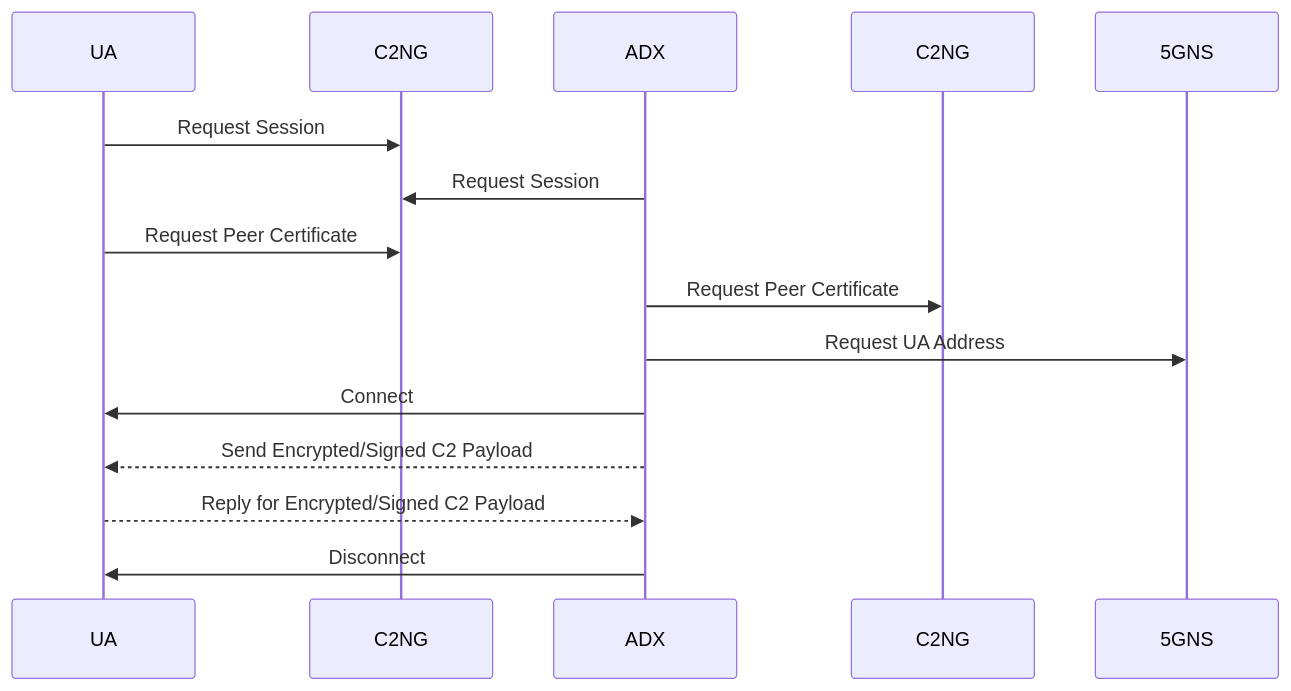
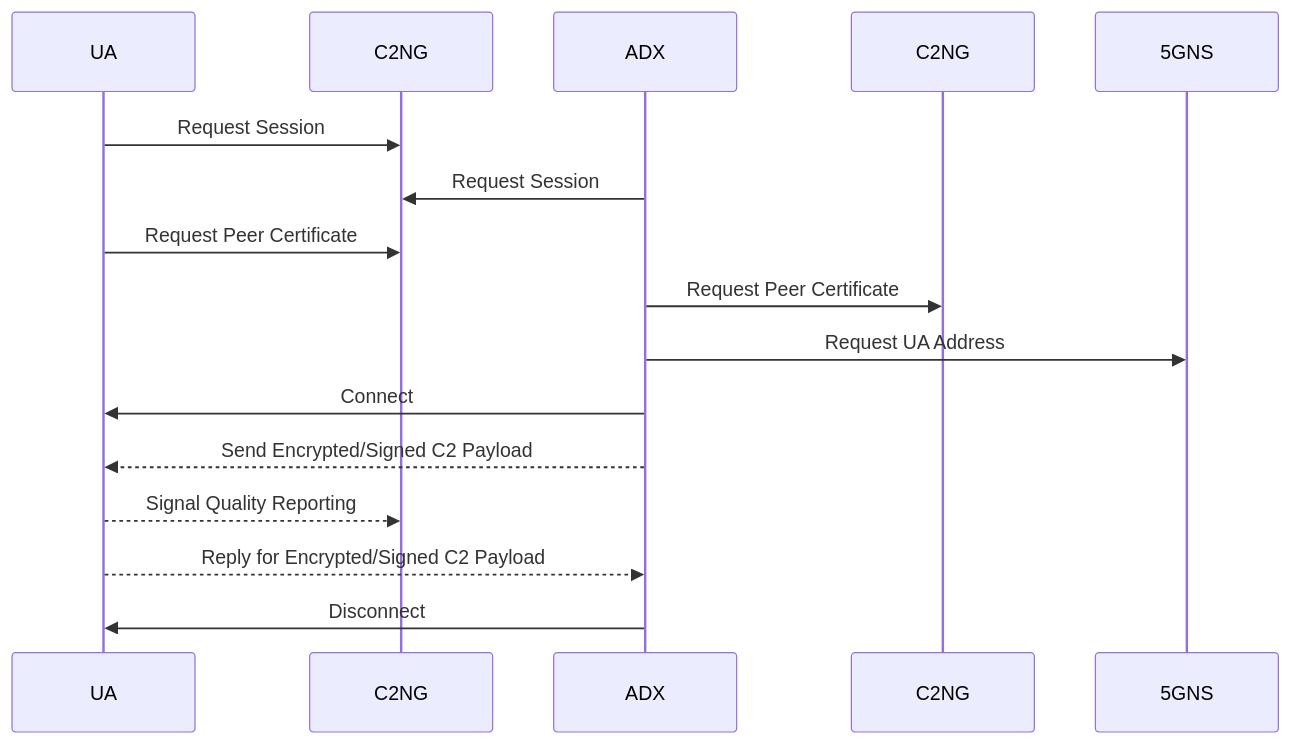
Before and after one commit to flyvercity/iot-ngin-c2ng: the fifth of 6 diagrams in docs/GENERAL.md, drawn with Mermaid. The commit also changed other lines of this file, not shown here.

Commit message:
docs: Added signal report to interactions

````diff
--- a/docs/GENERAL.md
+++ b/docs/GENERAL.md
@@ -157,12 +157,13 @@
 ```mermaid
 sequenceDiagram
     UA ->> C2NG: Request Session
     ADX ->> C2NG: Request Session
     UA ->> C2NG: Request Peer Certificate
     ADX ->> С2NG: Request Peer Certificate
     ADX ->> 5GNS: Request UA Address
     ADX ->> UA: Connect
     ADX -->> UA: Send Encrypted/Signed C2 Payload
+    UA -->> C2NG: Signal Quality Reporting
     UA -->> ADX: Reply for Encrypted/Signed C2 Payload
     ADX ->> UA: Disconnect
 ```
````
